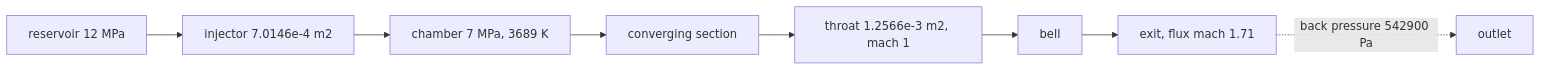
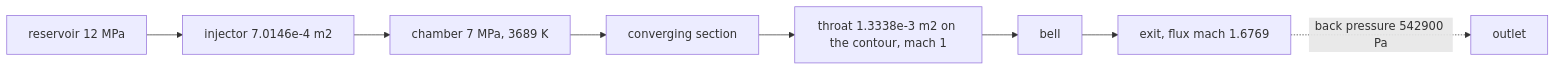
The diagram in docs/numerics/2d/chamber-throat.md (totallynotbrent/nuFor), drawn with Mermaid before and after one commit. The commit also changed other lines of this file and 29 other files, not shown here.

````diff
--- a/docs/numerics/2d/chamber-throat.md
+++ b/docs/numerics/2d/chamber-throat.md
@@ -10,10 +10,10 @@
 ```mermaid
 flowchart LR
   tank["reservoir 12 MPa"] --> inj["injector 7.0146e-4 m2"]
   inj --> chamber["chamber 7 MPa, 3689 K"]
   chamber --> conv["converging section"]
-  conv --> throat["throat 1.2566e-3 m2, mach 1"]
+  conv --> throat["throat 1.3338e-3 m2 on the contour, mach 1"]
   throat --> bell["bell"]
-  bell --> exit["exit, flux mach 1.71"]
+  bell --> exit["exit, flux mach 1.6769"]
   exit -. back pressure 542900 Pa .-> outlet
 ```
````
